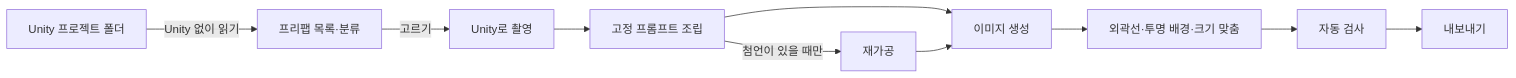
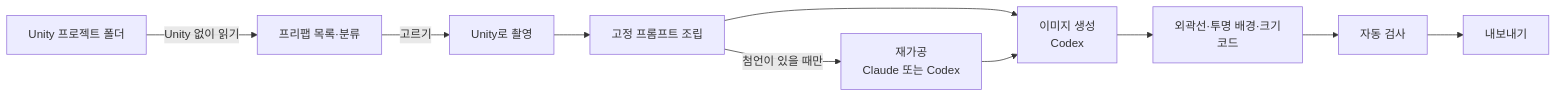
The diagram in README.md (cykim-bs/unity-icon-studio), drawn with Mermaid before and after one commit. The commit also changed other lines of this file and 4 other files, not shown here.

````diff
--- a/README.md
+++ b/README.md
@@ -12,11 +15,11 @@
 ```mermaid
 flowchart LR
   P[Unity 프로젝트 폴더] -->|Unity 없이 읽기| L[프리팹 목록·분류]
   L -->|고르기| C[Unity로 촬영]
   C --> F[고정 프롬프트 조립]
-  F -->|첨언이 있을 때만| R[재가공]
-  F --> G[이미지 생성]
+  F -->|첨언이 있을 때만| R[재가공<br>Claude 또는 Codex]
+  F --> G[이미지 생성<br>Codex]
   R --> G
-  G --> O[외곽선·투명 배경·크기 맞춤]
+  G --> O[외곽선·투명 배경·크기<br>코드]
   O --> K[자동 검사] --> E[내보내기]
 ```
````
